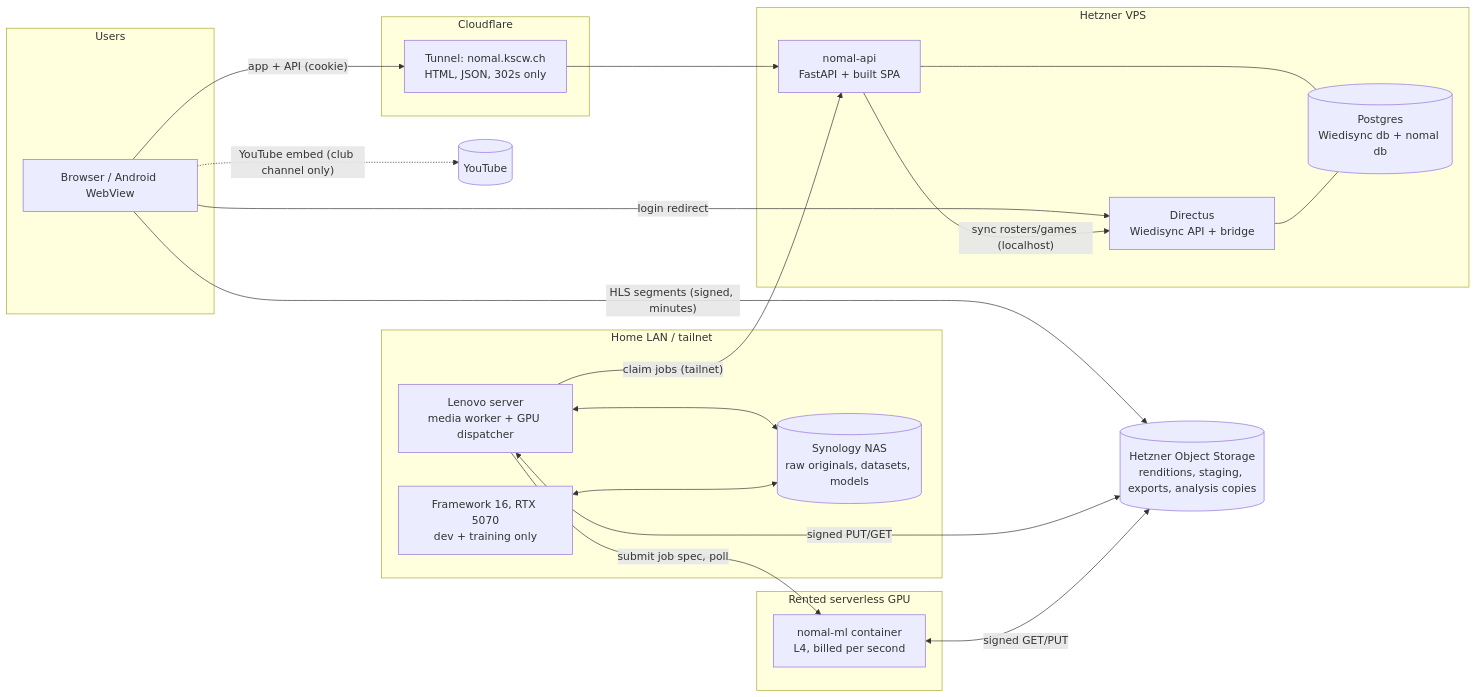
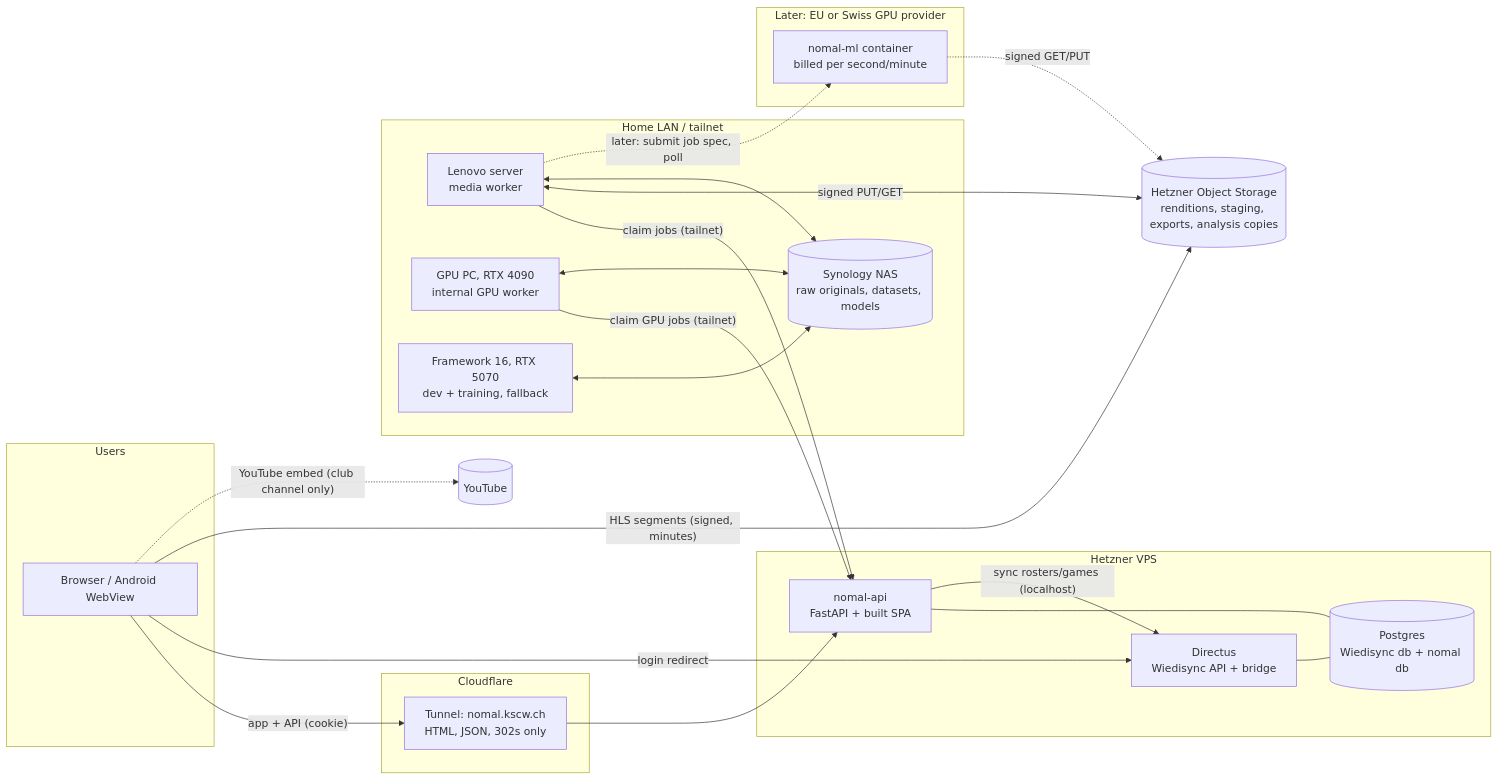
The first of 4 diagrams in docs/PLAN.md (KSC-Wiedikon/wieplay), drawn with Mermaid before and after one commit. The commit also changed other lines of this file and 1 other file, not shown here.

First line of the commit message:
docs: plan revision 3 (DU23 trainings only, internal GPU first) and GPU provider research

````diff
--- a/docs/PLAN.md
+++ b/docs/PLAN.md
@@ -108,42 +109,45 @@
 ```mermaid
 flowchart LR
   subgraph Users
     B[Browser / Android WebView]
   end
 
   subgraph CF[Cloudflare]
     T[Tunnel: nomal.kscw.ch<br/>HTML, JSON, 302s only]
   end
 
   subgraph H[Hetzner VPS]
     API[nomal-api<br/>FastAPI + built SPA]
     DX[Directus<br/>Wiedisync API + bridge]
     PG[(Postgres<br/>Wiedisync db + nomal db)]
   end
 
   OS[(Hetzner Object Storage<br/>renditions, staging, exports, analysis copies)]
 
   subgraph Home[Home LAN / tailnet]
-    LS[Lenovo server<br/>media worker + GPU dispatcher]
+    LS[Lenovo server<br/>media worker]
+    GP[GPU PC, RTX 4090<br/>internal GPU worker]
     NAS[(Synology NAS<br/>raw originals, datasets, models)]
-    FW[Framework 16, RTX 5070<br/>dev + training only]
+    FW[Framework 16, RTX 5070<br/>dev + training, fallback]
   end
 
-  subgraph GPU[Rented serverless GPU]
-    ML[nomal-ml container<br/>L4, billed per second]
+  subgraph Later[Later: EU or Swiss GPU provider]
+    ML[nomal-ml container<br/>billed per second/minute]
   end
 
   B -- "app + API (cookie)" --> T --> API
   B -- "login redirect" --> DX
   B -- "HLS segments (signed, minutes)" --> OS
   B -. "YouTube embed (club channel only)" .-> YT[(YouTube)]
   API --- PG
   DX --- PG
   API -- "sync rosters/games (localhost)" --> DX
   LS -- "claim jobs (tailnet)" --> API
+  GP -- "claim GPU jobs (tailnet)" --> API
   LS <-- "signed PUT/GET" --> OS
   LS <--> NAS
-  LS -- "submit job spec, poll" --> ML
-  ML <-- "signed GET/PUT" --> OS
+  GP <--> NAS
   FW <--> NAS
+  LS -. "later: submit job spec, poll" .-> ML
+  ML -. "signed GET/PUT" .-> OS
 ```
````
